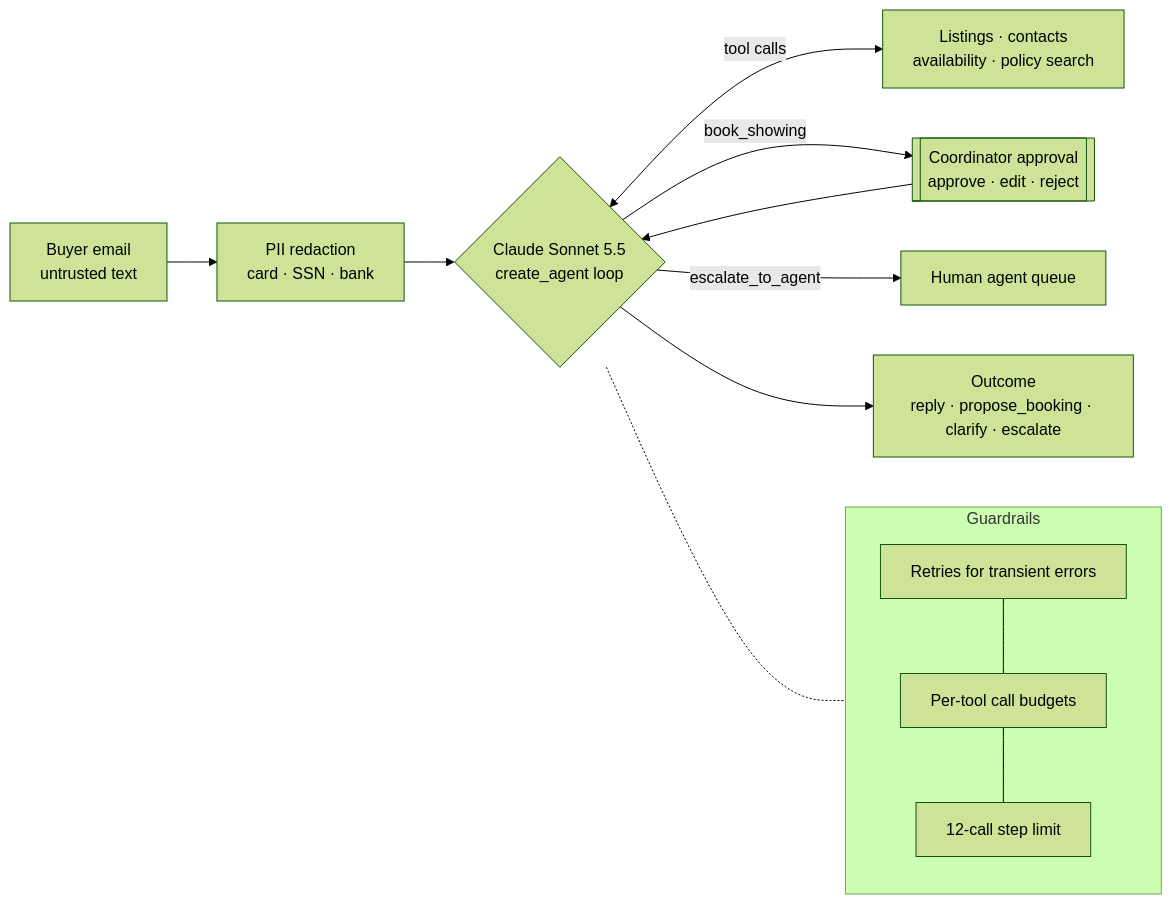
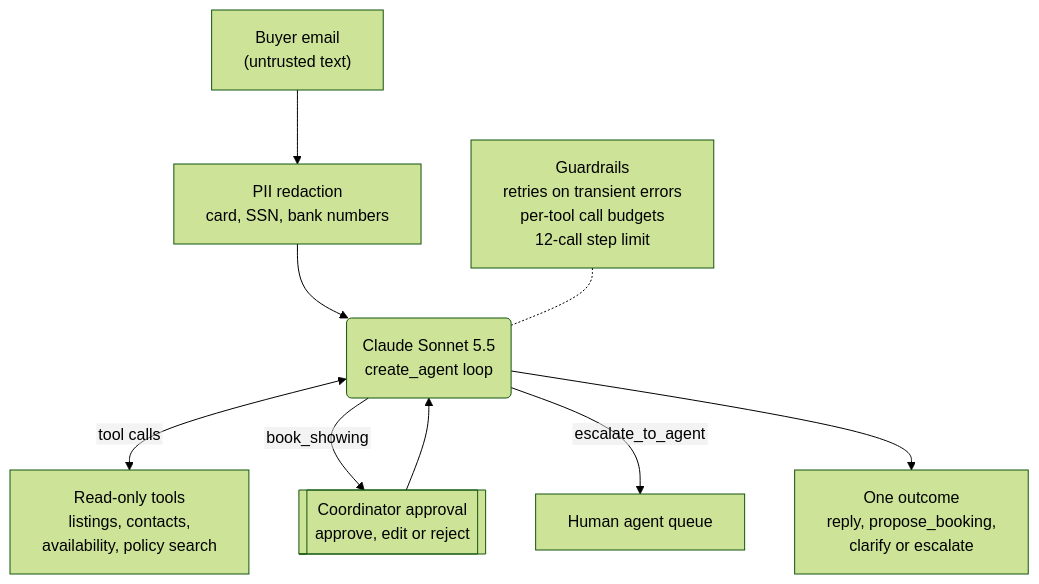
Before and after one commit to luisramirez7/Focused: the diagram in README.md, drawn with Mermaid (forest theme).

Commit message:
docs: README diagram — top-down layout and SVG labels so text isn't clipped on GitHub

````diff
--- a/README.md
+++ b/README.md
@@ -88,14 +88,12 @@
 ```mermaid
-flowchart LR
-    E[Buyer email<br/>untrusted text] --> P[PII redaction<br/>card · SSN · bank]
-    P --> M{Claude Sonnet 5.5<br/>create_agent loop}
-    M <-->|tool calls| T[Listings · contacts<br/>availability · policy search]
-    M -->|book_showing| H[[Coordinator approval<br/>approve · edit · reject]]
+%%{init: {"flowchart": {"htmlLabels": false, "padding": 16}}}%%
+flowchart TD
+    E["Buyer email<br/>(untrusted text)"] --> P["PII redaction<br/>card, SSN, bank numbers"]
+    P --> M("Claude Sonnet 5.5<br/>create_agent loop")
+    M <-->|tool calls| T["Read-only tools<br/>listings, contacts,<br/>availability, policy search"]
+    M -->|book_showing| H[["Coordinator approval<br/>approve, edit or reject"]]
     H --> M
-    M -->|escalate_to_agent| X[Human agent queue]
-    M --> O[Outcome<br/>reply · propose_booking · clarify · escalate]
-    subgraph Guardrails
-      R[Retries for transient errors] --- B[Per-tool call budgets] --- S[12-call step limit]
-    end
-    M -.- Guardrails
+    M -->|escalate_to_agent| X["Human agent queue"]
+    M --> O["One outcome<br/>reply, propose_booking,<br/>clarify or escalate"]
+    G["Guardrails<br/>retries on transient errors<br/>per-tool call budgets<br/>12-call step limit"] -.- M
 ```
````
